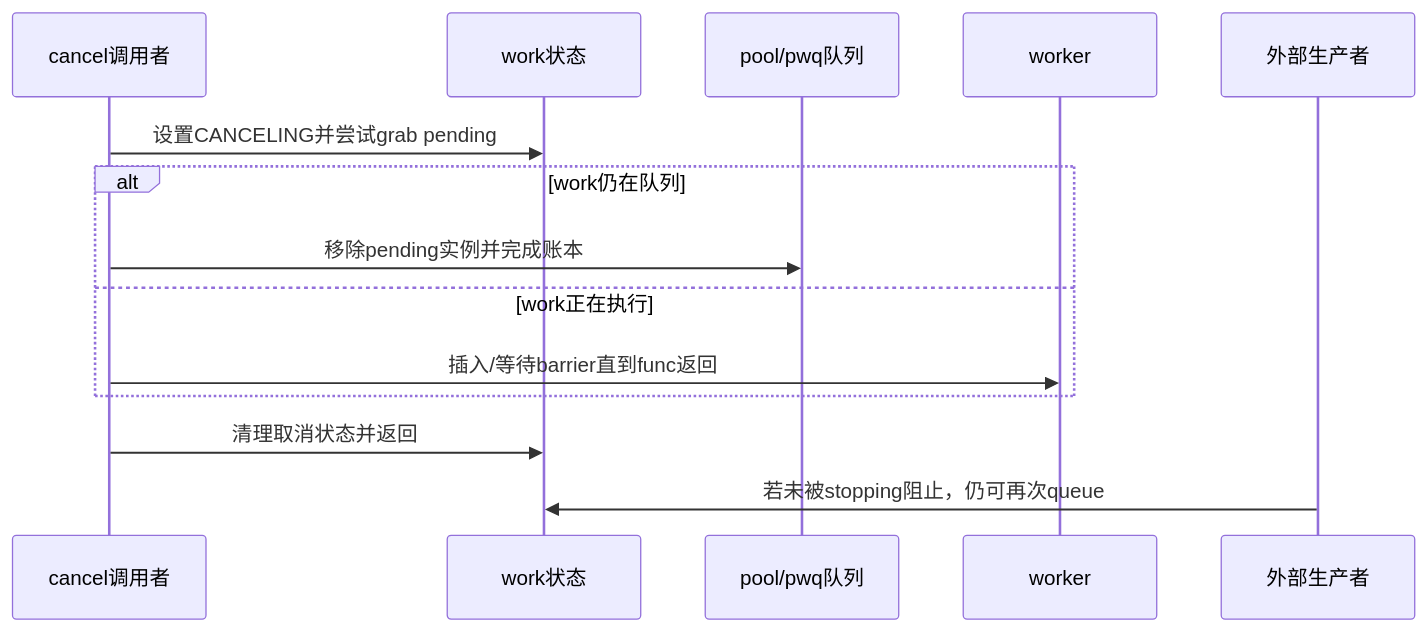
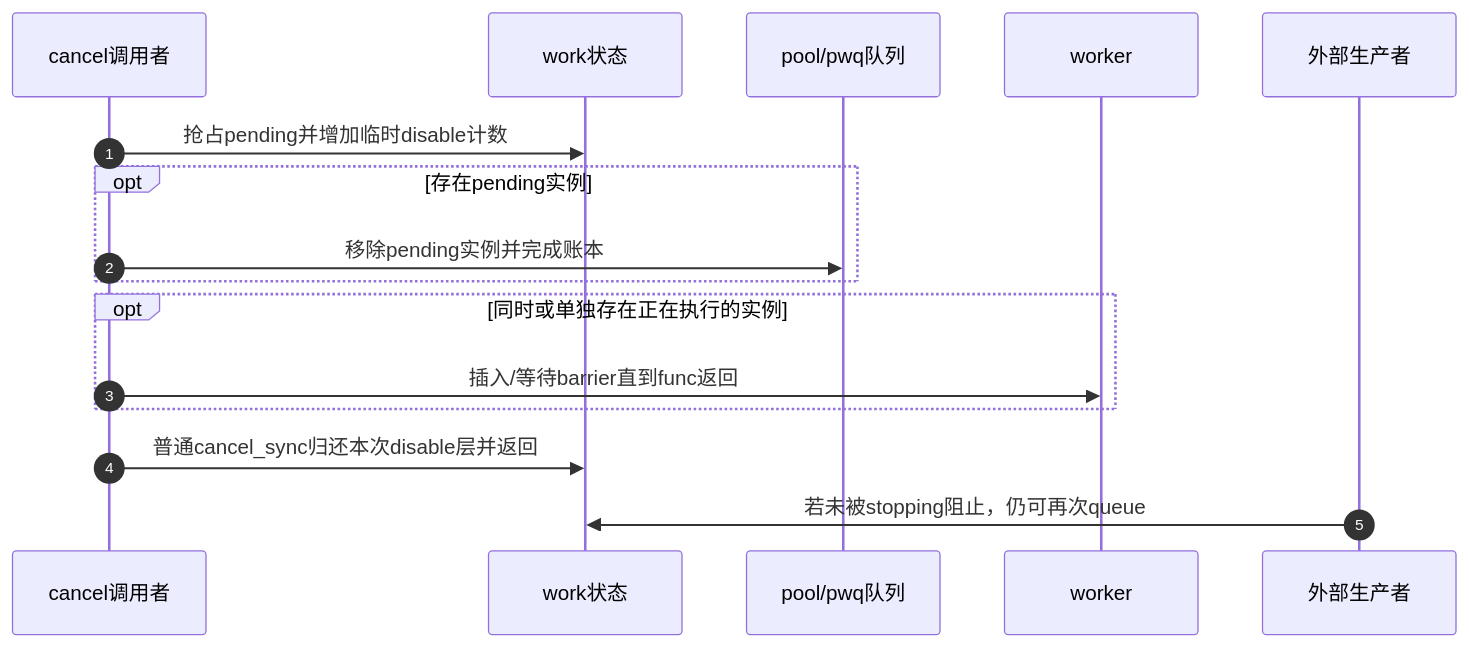
Before and after one commit to FormingSystem/linux_note: the second of 3 diagrams in knowledge/linux/synchronization_and_asynchrony/asynchrony/workqueue/P06_flush_cancel与颜色代际.md, drawn with Mermaid. The commit also changed other lines of this file and 10 other files, not shown here.

````diff
--- a/knowledge/linux/synchronization_and_asynchrony/asynchrony/workqueue/P06_flush_cancel与颜色代际.md
+++ b/knowledge/linux/synchronization_and_asynchrony/asynchrony/workqueue/P06_flush_cancel与颜色代际.md
@@ -48,17 +56,19 @@
 ```mermaid
 sequenceDiagram
+    autonumber
     participant C as cancel调用者
     participant W as work状态
     participant Q as pool/pwq队列
     participant K as worker
     participant P as 外部生产者
 
-    C->>W: 设置CANCELING并尝试grab pending
-    alt work仍在队列
+    C->>W: 抢占pending并增加临时disable计数
+    opt 存在pending实例
         C->>Q: 移除pending实例并完成账本
-    else work正在执行
+    end
+    opt 同时或单独存在正在执行的实例
         C->>K: 插入/等待barrier直到func返回
     end
-    C->>W: 清理取消状态并返回
+    C->>W: 普通cancel_sync归还本次disable层并返回
     P->>W: 若未被stopping阻止，仍可再次queue
 ```
````
